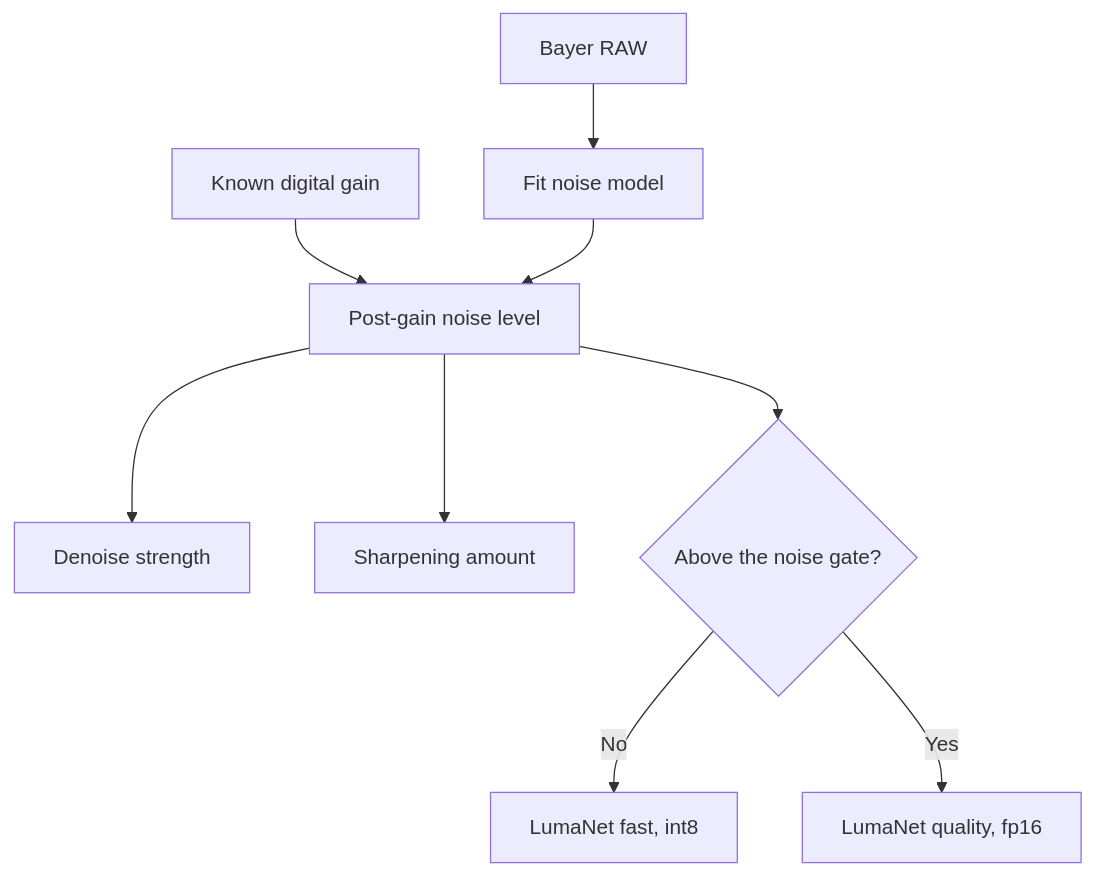
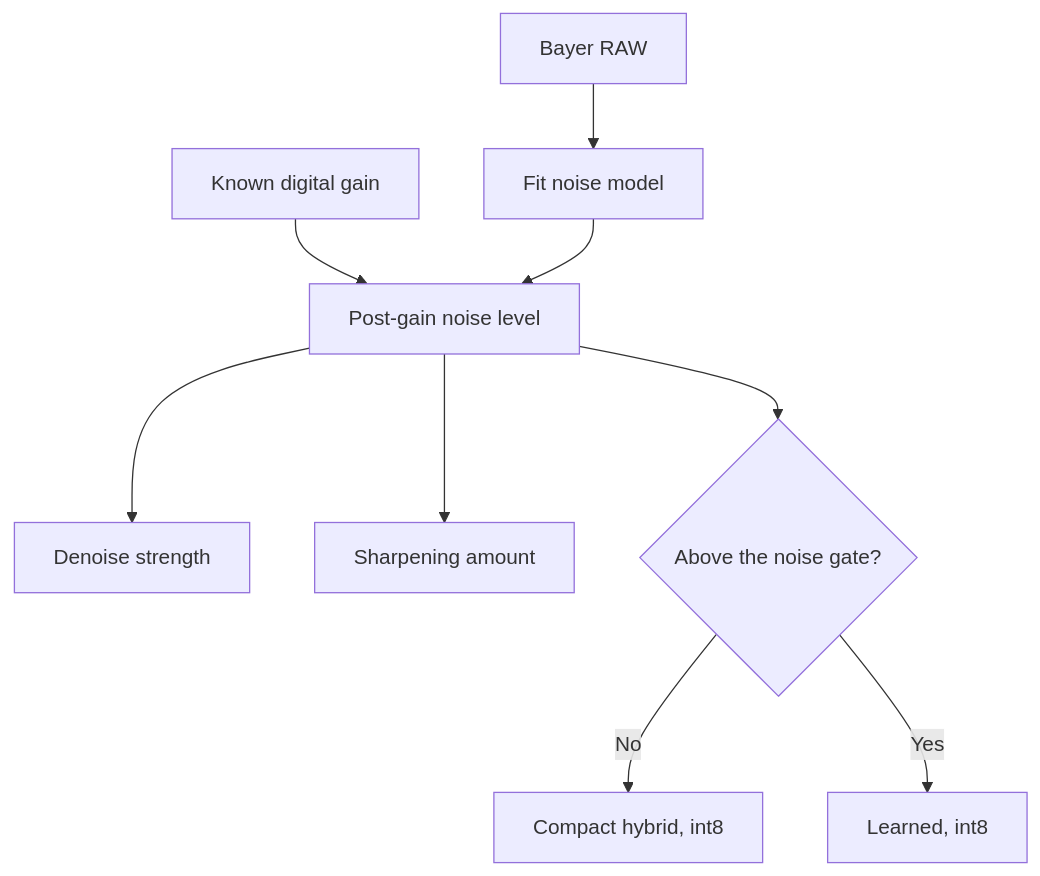
The second of 2 diagrams in README.md (Chandanam26/LumaForge), drawn with Mermaid before and after one commit. The commit also changed other lines of this file and 59 other files, not shown here.

````diff
--- a/README.md
+++ b/README.md
@@ -202,11 +225,11 @@
 ```mermaid
 flowchart TD
     A[Bayer RAW] --> B[Fit noise model]
     C[Known digital gain] --> D[Post-gain noise level]
     B --> D
     D --> E[Denoise strength]
     D --> F[Sharpening amount]
     D --> G{Above the noise gate?}
-    G -->|No| H[LumaNet fast, int8]
-    G -->|Yes| I[LumaNet quality, fp16]
+    G -->|No| H[Compact hybrid, int8]
+    G -->|Yes| I[Learned, int8]
 ```
````
